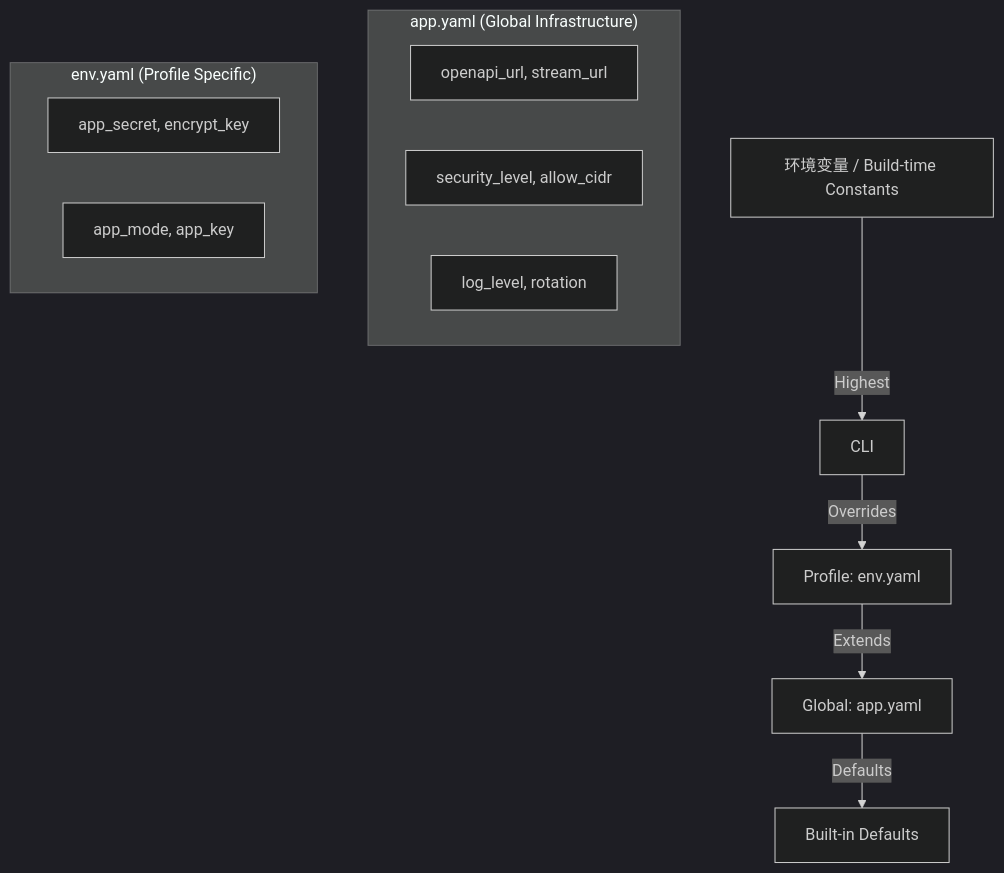
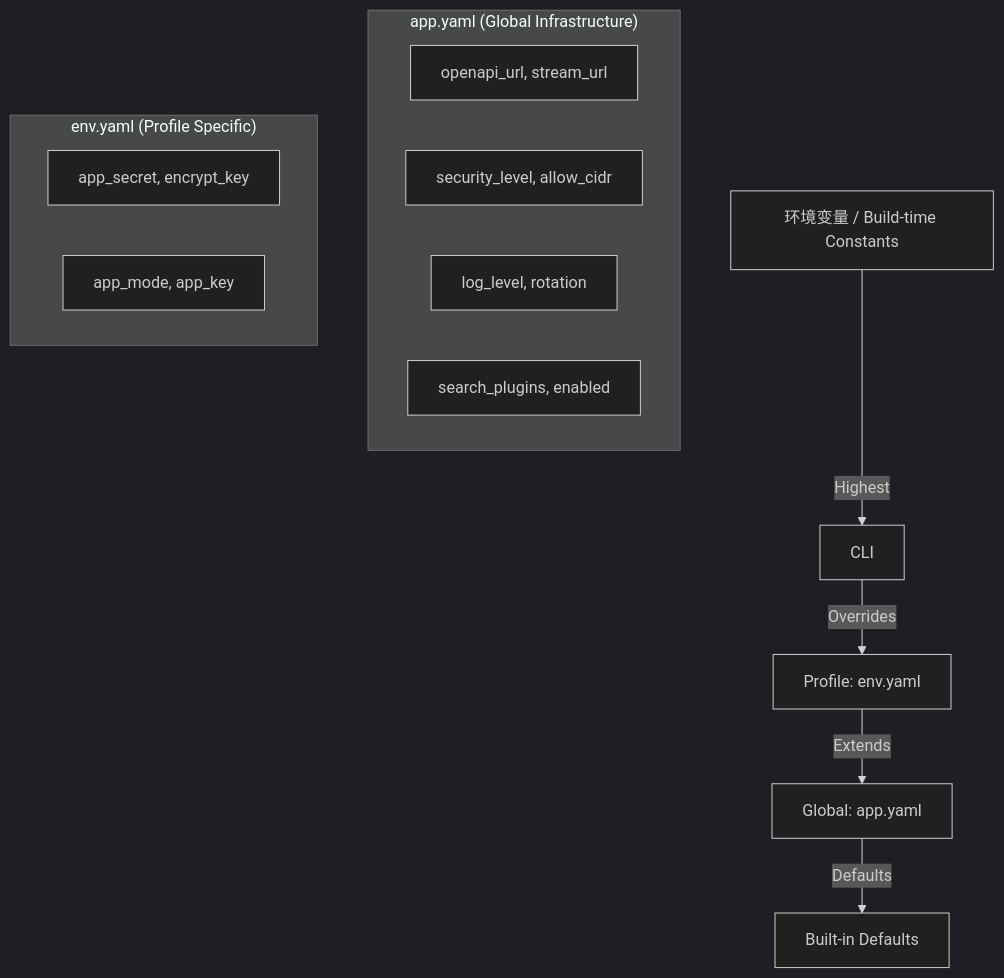
Before and after one commit to Chanjet/chanjet-openplatform-stream-java: the diagram in cli/cowen/docs/HLD.md, drawn with Mermaid (dark theme). The commit also changed other lines of this file, not shown here.

````diff
--- a/cli/cowen/docs/HLD.md
+++ b/cli/cowen/docs/HLD.md
@@ -10,18 +10,19 @@
 ```mermaid
 graph TD
     ENV[环境变量 / Build-time Constants] -->|Highest| CLI
     CLI -->|Overrides| P_CFG[Profile: env.yaml]
     P_CFG -->|Extends| G_CFG[Global: app.yaml]
     G_CFG -->|Defaults| SRC[Built-in Defaults]
     
     subgraph "app.yaml (Global Infrastructure)"
         URLS[openapi_url, stream_url]
         SEC[security_level, allow_cidr]
         LOGS[log_level, rotation]
+        SRCH[search_plugins, enabled]
     end
     
     subgraph "env.yaml (Profile Specific)"
         CRED[app_secret, encrypt_key]
         MODE[app_mode, app_key]
     end
 ```
````
